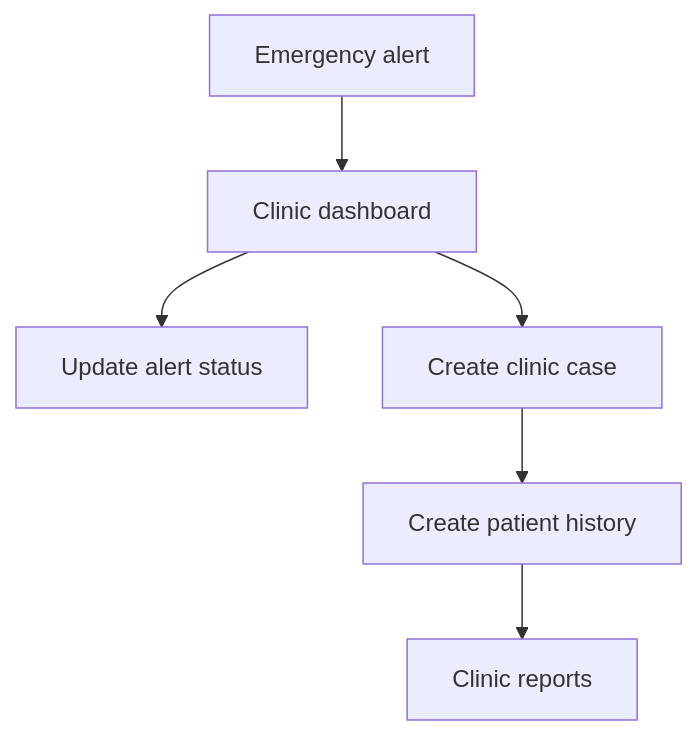
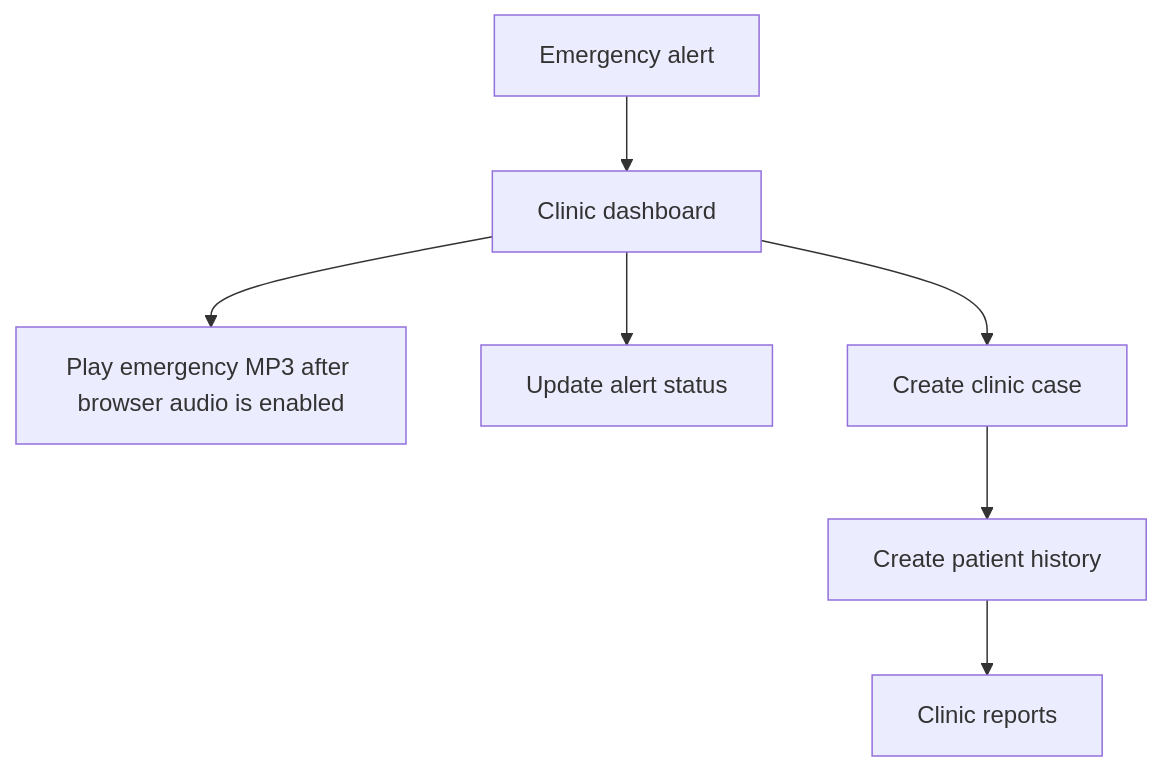
The fourth of 4 diagrams in docs/README.md (capstonedummy11/capstone-rfid), drawn with Mermaid before and after one commit. The commit also changed other lines of this file and 7 other files, not shown here.

````diff
--- a/docs/README.md
+++ b/docs/README.md
@@ -313,8 +318,9 @@
 ```mermaid
 flowchart TD
     A[Emergency alert] --> B[Clinic dashboard]
+    B --> S[Play emergency MP3 after browser audio is enabled]
     B --> C[Update alert status]
     B --> D[Create clinic case]
     D --> E[Create patient history]
     E --> F[Clinic reports]
 ```
````
